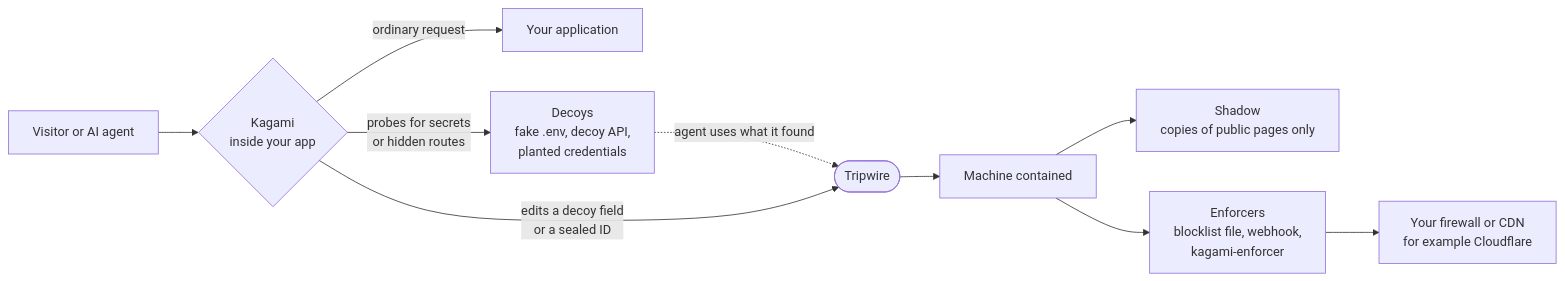
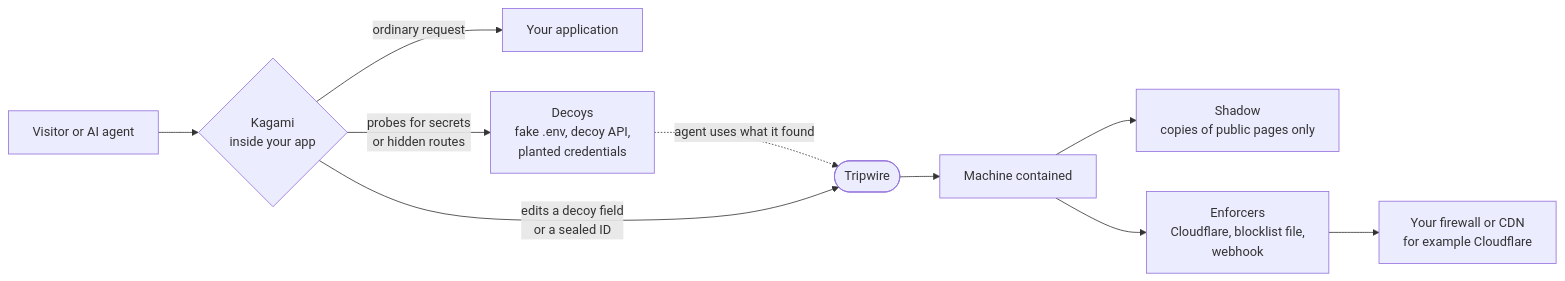
One commit to agenticslabs-xyz/lurensic changed the first of 2 diagrams in README.md. Above: the diagram before and after it, drawn with Mermaid. The commit also changed other lines of this file and 38 other files, not shown here.

````diff
--- a/README.md
+++ b/README.md
@@ -29,12 +29,12 @@
 ```mermaid
 flowchart LR
     V["Visitor or AI agent"] --> K{"Kagami<br/>inside your app"}
     K -->|"ordinary request"| APP["Your application"]
     K -->|"probes for secrets<br/>or hidden routes"| D["Decoys<br/>fake .env, decoy API,<br/>planted credentials"]
     D -.->|"agent uses what it found"| T(["Tripwire"])
     K -->|"edits a decoy field<br/>or a sealed ID"| T
     T --> C["Machine contained"]
     C --> S["Shadow<br/>copies of public pages only"]
-    C --> E["Enforcers<br/>blocklist file, webhook,<br/>kagami-enforcer"]
+    C --> E["Enforcers<br/>Cloudflare, blocklist file,<br/>webhook"]
     E --> EDGE["Your firewall or CDN<br/>for example Cloudflare"]
 ```
````
